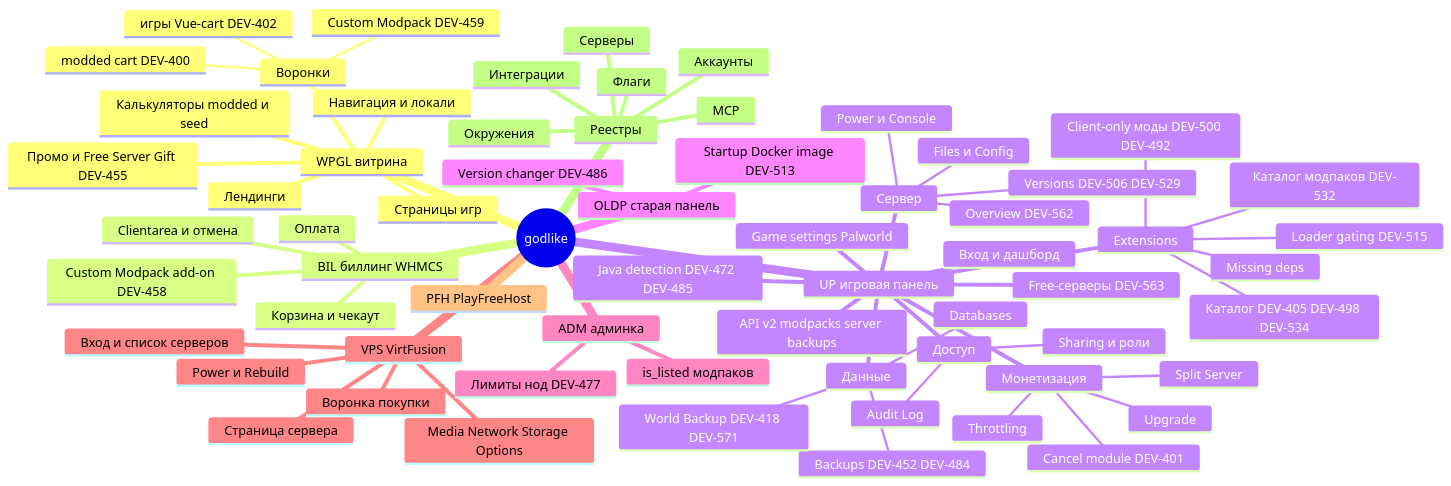
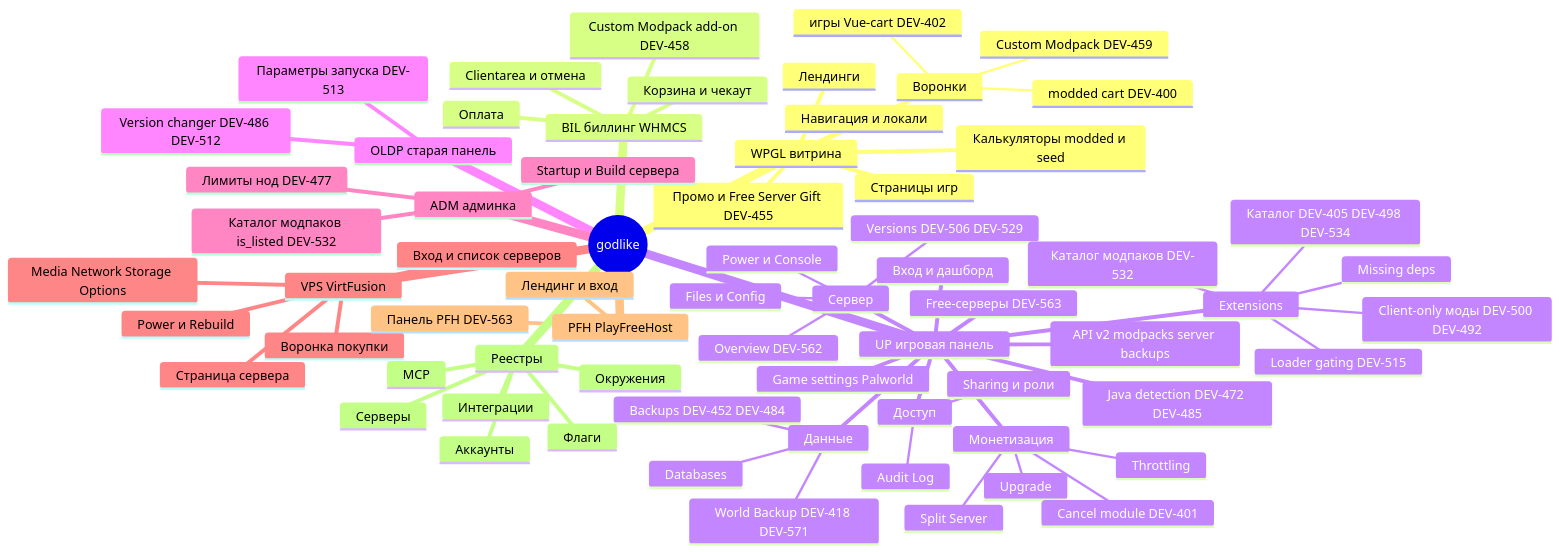
One commit to rhetalo/e2e_godlike changed the diagram in kb/map.md. Above: the diagram before and after it, drawn with Mermaid. The commit also changed other lines of this file and 12 other files, not shown here.

First line of the commit message:
docs(kb): страницы фич PFH (landing, panel), OLDP (version-changer, startup-params), ADM (server-startup, modpack-catalog)

````diff
--- a/kb/map.md
+++ b/kb/map.md
@@ -28,68 +28,71 @@
 ```mermaid
 mindmap
   root((godlike))
     WPGL витрина
       Навигация и локали
       Страницы игр
       Калькуляторы modded и seed
       Воронки
         modded cart DEV-400
         игры Vue-cart DEV-402
         Custom Modpack DEV-459
       Лендинги
       Промо и Free Server Gift DEV-455
     BIL биллинг WHMCS
       Корзина и чекаут
       Оплата
       Clientarea и отмена
       Custom Modpack add-on DEV-458
     UP игровая панель
       Вход и дашборд
       API v2 modpacks server backups
       Сервер
         Overview DEV-562
         Power и Console
         Files и Config
         Versions DEV-506 DEV-529
       Extensions
         Каталог DEV-405 DEV-498 DEV-534
         Loader gating DEV-515
         Client-only моды DEV-500 DEV-492
         Каталог модпаков DEV-532
         Missing deps
       Java detection DEV-472 DEV-485
       Доступ
         Sharing и роли
         Audit Log
       Данные
         Backups DEV-452 DEV-484
         World Backup DEV-418 DEV-571
         Databases
       Монетизация
         Upgrade
         Throttling
         Cancel module DEV-401
         Split Server
       Free-серверы DEV-563
       Game settings Palworld
     OLDP старая панель
-      Version changer DEV-486
-      Startup Docker image DEV-513
+      Version changer DEV-486 DEV-512
+      Параметры запуска DEV-513
     ADM админка
+      Startup и Build сервера
+      Каталог модпаков is_listed DEV-532
       Лимиты нод DEV-477
-      is_listed модпаков
     VPS VirtFusion
       Вход и список серверов
       Страница сервера
       Power и Rebuild
       Media Network Storage Options
       Воронка покупки
     PFH PlayFreeHost
+      Лендинг и вход
+      Панель PFH DEV-563
     Реестры
       Окружения
       Аккаунты
       Серверы
       Флаги
       Интеграции
       MCP
 ```
````
